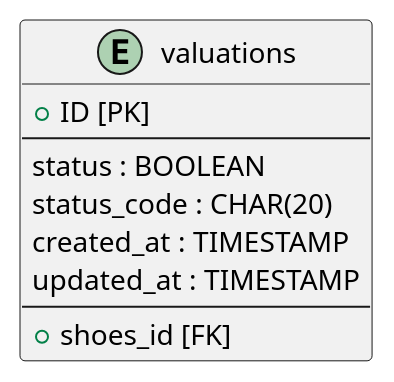
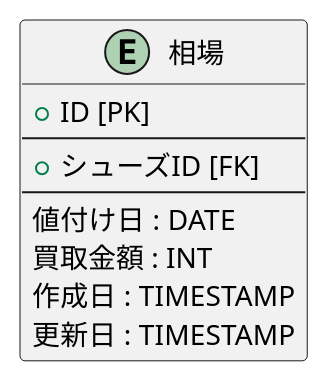
Before and after one commit to mybz-inc/sneaker: the diagram in db/valuations.pu, drawn with PlantUML. The commit also changed 17 other files, not shown here.

```diff
--- a/db/valuations.pu
+++ b/db/valuations.pu
@@ -1,12 +1,12 @@
-@startuml valuations
-entity valuations {
+@startuml 相場
+entity 相場 {
   + ID [PK]
   --
-  status : BOOLEAN
-  status_code : CHAR(20)
-  created_at : TIMESTAMP
-  updated_at : TIMESTAMP
+  + シューズID [FK]
   --
-  + shoes_id [FK]
+  値付け日 : DATE
+  買取金額 : INT
+  作成日 : TIMESTAMP
+  更新日 : TIMESTAMP
 }
 @enduml
```
